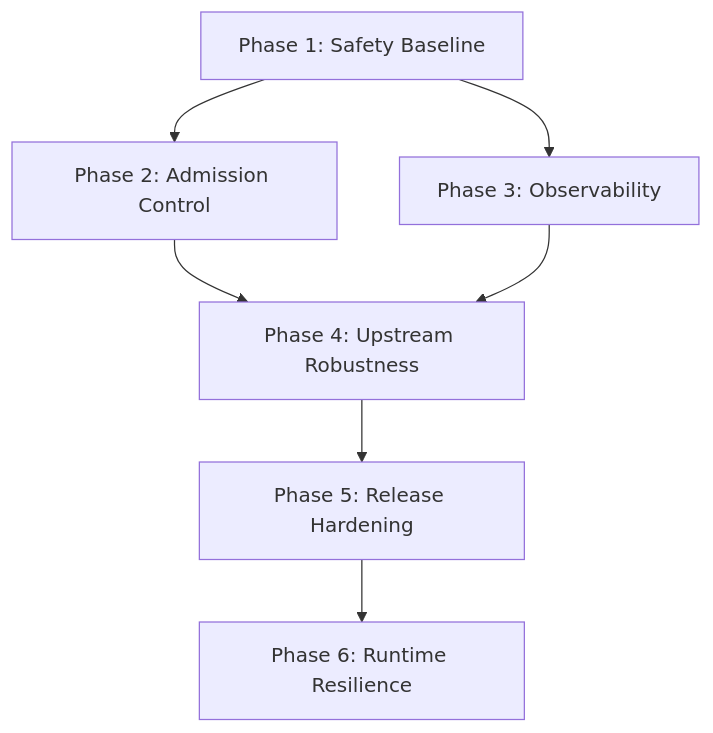
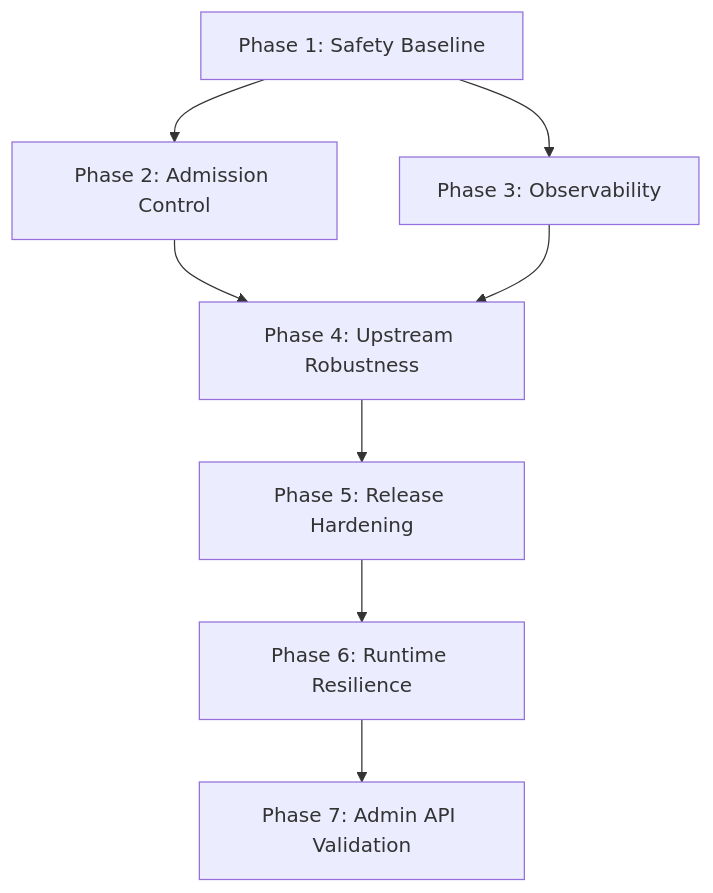
The diagram in docs/plan/dependency-graph.md (DeliciousBuding/grok2api), drawn with Mermaid before and after one commit. The commit also changed other lines of this file and 10 other files, not shown here.

Commit message:
Harden admin token pagination and validation

````diff
--- a/docs/plan/dependency-graph.md
+++ b/docs/plan/dependency-graph.md
@@ -5,9 +5,10 @@
 ```mermaid
 graph TD
   P1["Phase 1: Safety Baseline"] --> P2["Phase 2: Admission Control"]
   P1 --> P3["Phase 3: Observability"]
   P2 --> P4["Phase 4: Upstream Robustness"]
   P3 --> P4
   P4 --> P5["Phase 5: Release Hardening"]
   P5 --> P6["Phase 6: Runtime Resilience"]
+  P6 --> P7["Phase 7: Admin API Validation"]
 ```
````
